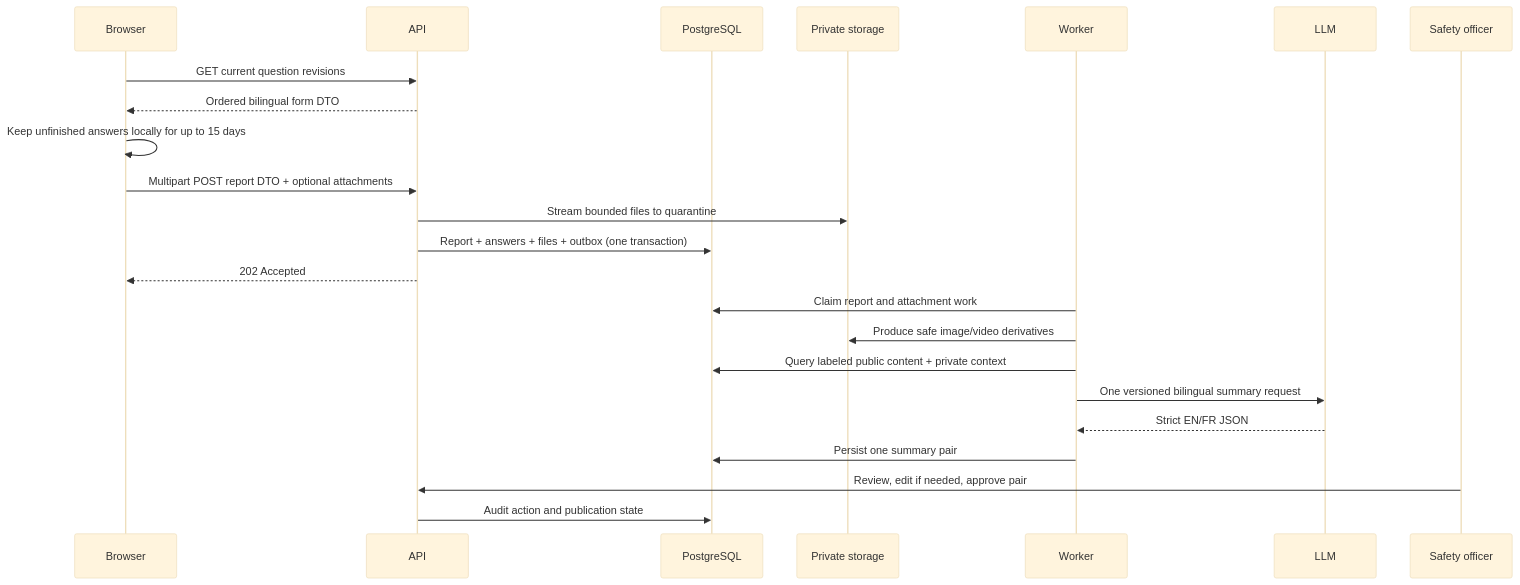
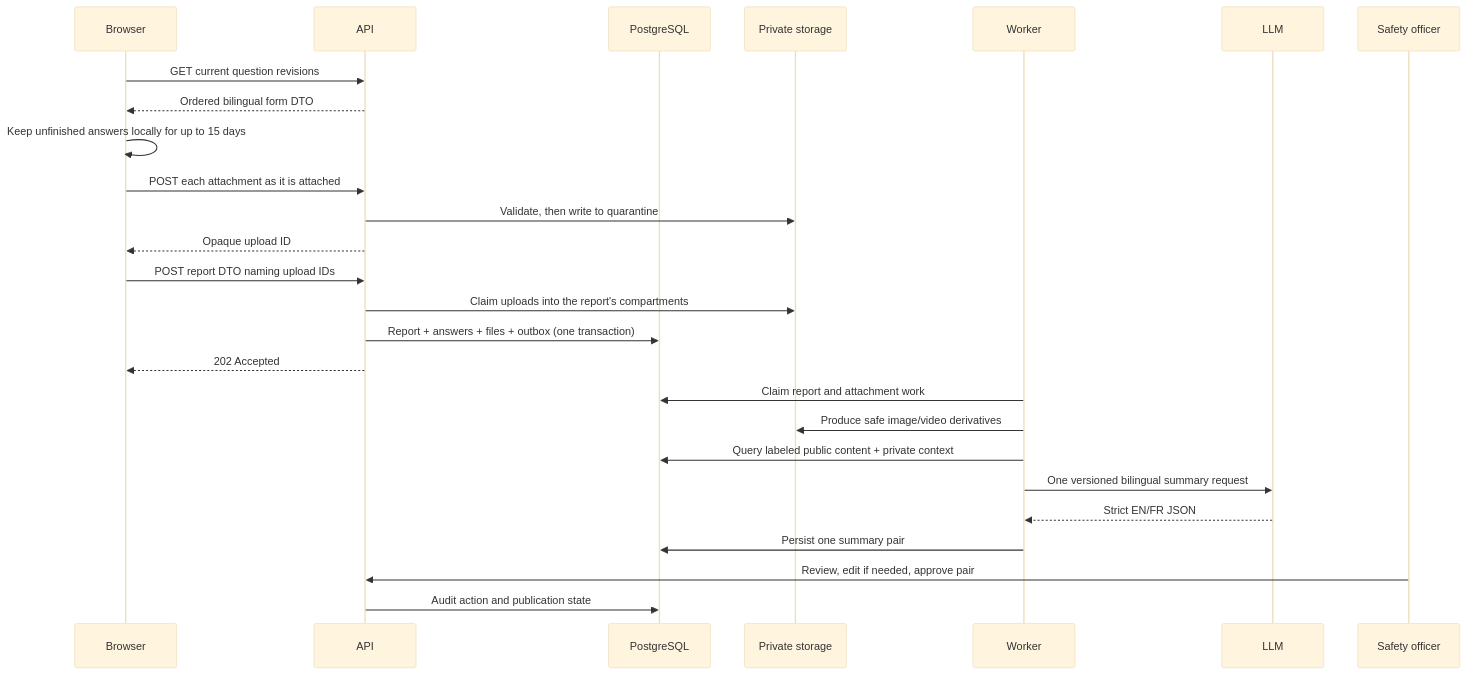
Before and after one commit to HPAC-Safety/safety-report: the second of 2 diagrams in docs/system-overview.md, drawn with Mermaid (base theme). The commit also changed other lines of this file and 98 other files, not shown here.

````diff
--- a/docs/system-overview.md
+++ b/docs/system-overview.md
@@ -89,26 +92,29 @@
 ```mermaid
 sequenceDiagram
     participant B as Browser
     participant A as API
     participant D as PostgreSQL
     participant S as Private storage
     participant W as Worker
     participant M as LLM
     participant H as Safety officer
 
     B->>A: GET current question revisions
     A-->>B: Ordered bilingual form DTO
     B->>B: Keep unfinished answers locally for up to 15 days
-    B->>A: Multipart POST report DTO + optional attachments
-    A->>S: Stream bounded files to quarantine
+    B->>A: POST each attachment as it is attached
+    A->>S: Validate, then write to quarantine
+    A-->>B: Opaque upload ID
+    B->>A: POST report DTO naming upload IDs
+    A->>S: Claim uploads into the report's compartments
     A->>D: Report + answers + files + outbox (one transaction)
     A-->>B: 202 Accepted
     W->>D: Claim report and attachment work
     W->>S: Produce safe image/video derivatives
     W->>D: Query labeled public content + private context
     W->>M: One versioned bilingual summary request
     M-->>W: Strict EN/FR JSON
     W->>D: Persist one summary pair
     H->>A: Review, edit if needed, approve pair
     A->>D: Audit action and publication state
 ```
````
